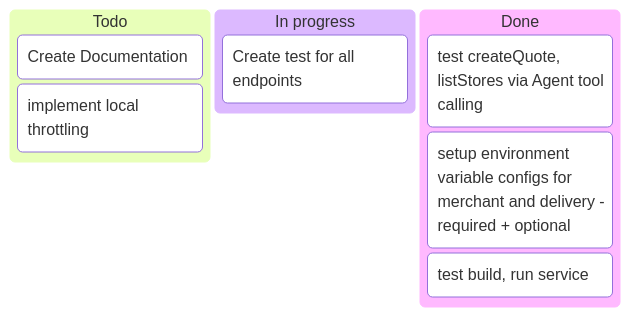
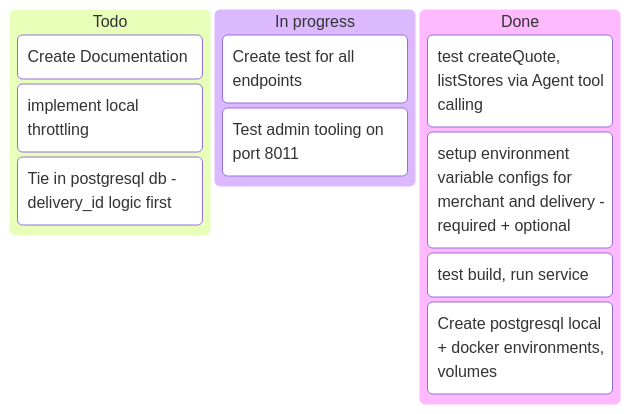
The diagram in README.md (entitycs/doordash-driver-fastapi), drawn with Mermaid before and after one commit.

Commit message:
Update README.md
Made database source choice = postgresql
Update kanban to reflect day's progress in this regard.

````diff
--- a/README.md
+++ b/README.md
@@ -36,18 +36,20 @@
 ```mermaid
 ---
 config:
   kanban:
     ticketBaseUrl: 'https://mermaidchart.atlassian.net/browse/#TICKET#'
 ---
 kanban
   Todo
     [Create Documentation]
     id7[implement local throttling]
+    id8[Tie in postgresql db - delivery_id logic first]
   [In progress]
     id6[Create test for all endpoints]
+    id10[Test admin tooling on port 8011]
   id11[Done]
     id5[test createQuote, listStores via Agent tool calling]
     id2[setup environment variable configs for merchant and delivery - required + optional]
     id3[test build, run service]
-
+    id9[Create postgresql local + docker environments, volumes]
 ```
````
